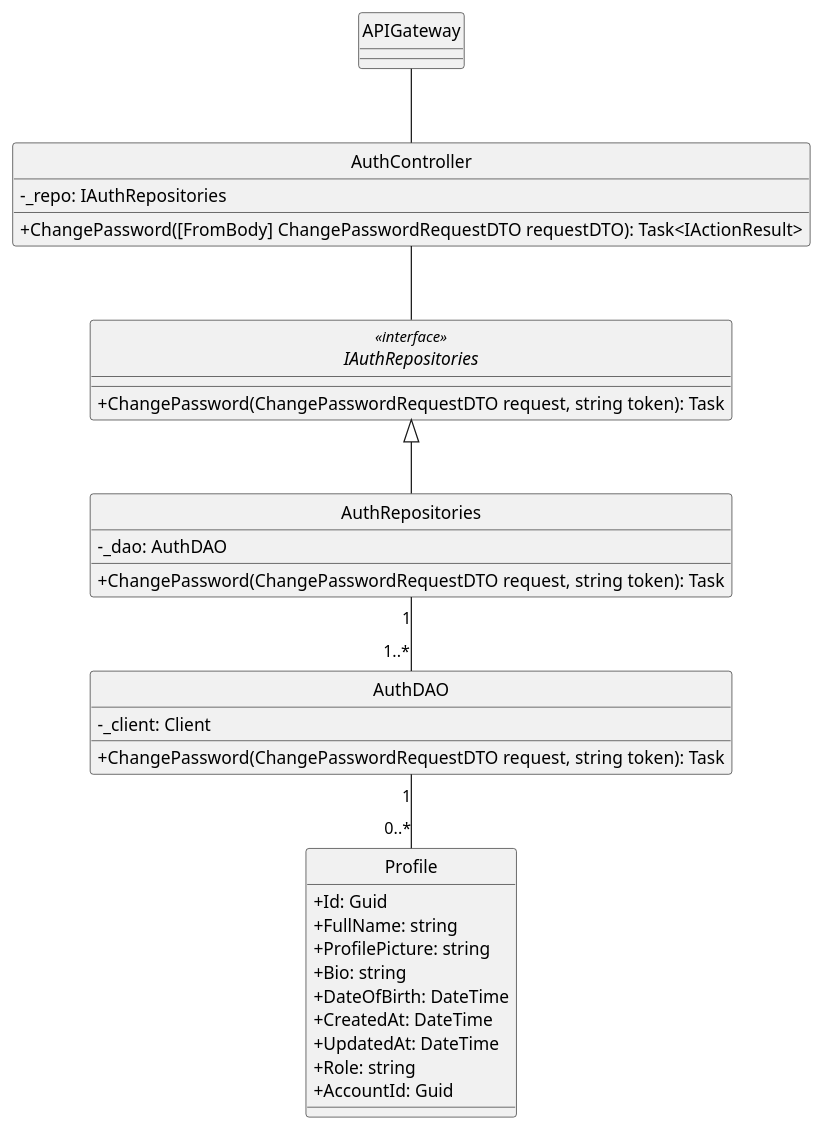
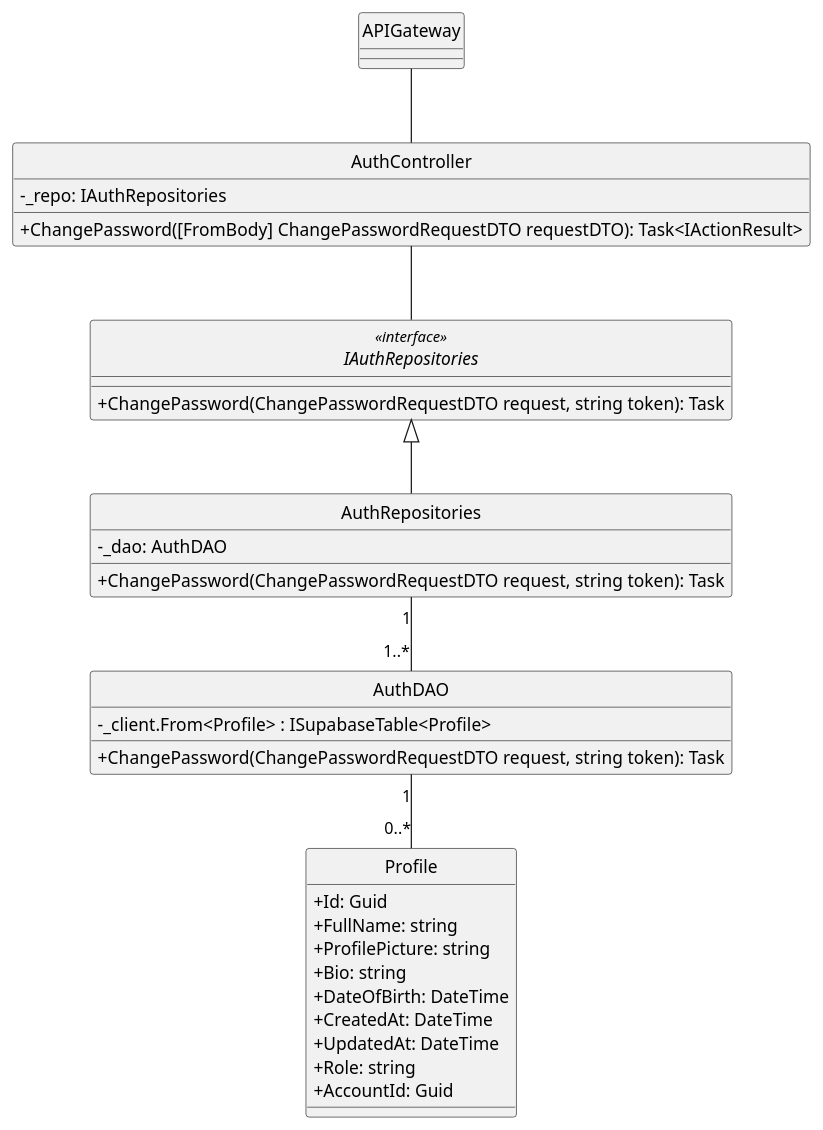
Before and after one commit to minhnhut23/FPT-OBOMS: the diagram in docs/ClassDiagram/Authtentication/ChangePassword/ChangePassword.plantuml, drawn with PlantUML. The commit also changed 9 other files, not shown here.

Commit message:
edit diagram auth and user

```diff
--- a/docs/ClassDiagram/Authtentication/ChangePassword/ChangePassword.plantuml
+++ b/docs/ClassDiagram/Authtentication/ChangePassword/ChangePassword.plantuml
@@ -1,51 +1,49 @@
 @startuml 
 hide circle
 skinparam classAttributeIconSize 0
 skinparam linetype ortho
 
 class APIGateway {
 }
 
 class AuthController {
     - _repo: IAuthRepositories
-    +ChangePassword([FromBody] ChangePasswordRequestDTO requestDTO): Task<IActionResult> 
+    + ChangePassword([FromBody] ChangePasswordRequestDTO requestDTO): Task<IActionResult> 
 }
 
 
 interface IAuthRepositories<<interface>> { 
     + ChangePassword(ChangePasswordRequestDTO request, string token): Task
 }
 
 class AuthRepositories {
     - _dao: AuthDAO
-    + ChangePassword(ChangePasswordRequestDTO request, string token): Task    
+    + ChangePassword(ChangePasswordRequestDTO request, string token): Task
 }
 
 class AuthDAO {
-    - _client: Client
+    - _client.From<Profile> : ISupabaseTable<Profile>
     + ChangePassword(ChangePasswordRequestDTO request, string token): Task
 }
-
 
 class Profile {
     + Id: Guid
     + FullName: string
     + ProfilePicture: string
     + Bio: string
     + DateOfBirth: DateTime
     + CreatedAt: DateTime
     + UpdatedAt: DateTime
     + Role: string
     + AccountId: Guid
 }
 
 APIGateway -- AuthController
 AuthController -- IAuthRepositories
 
 IAuthRepositories <|-- AuthRepositories
 
 AuthRepositories "1" -- "1..*" AuthDAO
 
-
 AuthDAO  "1" -- "0..*"  Profile
 @enduml
```
